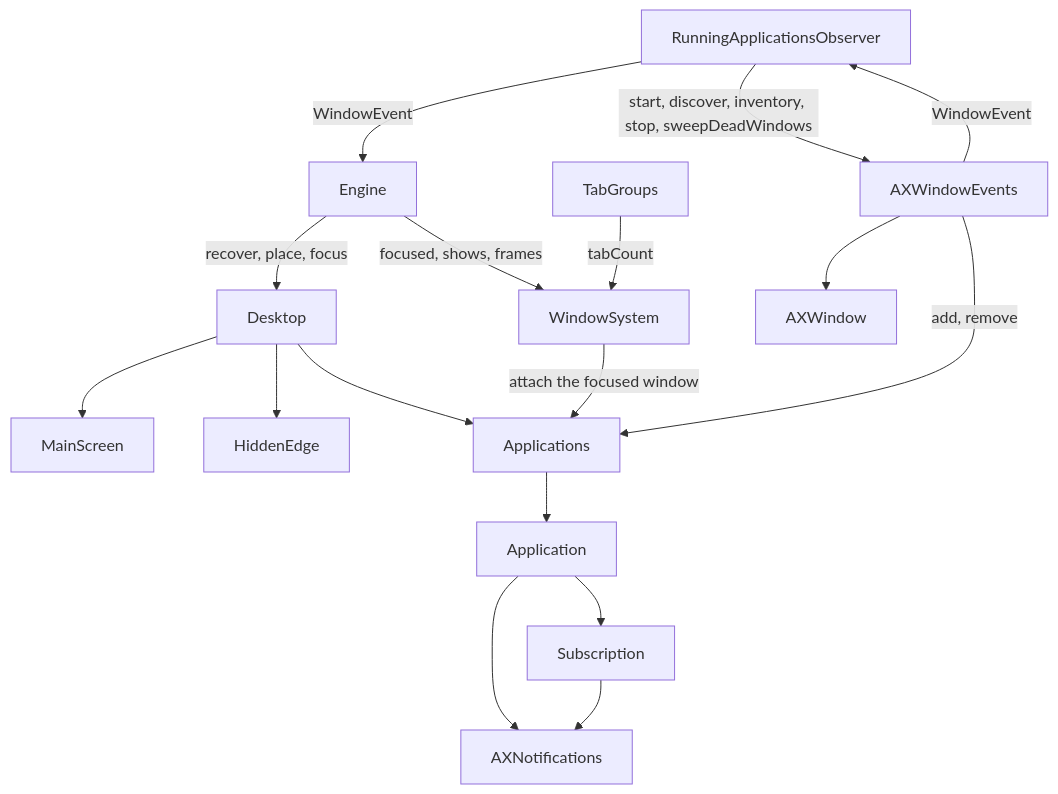
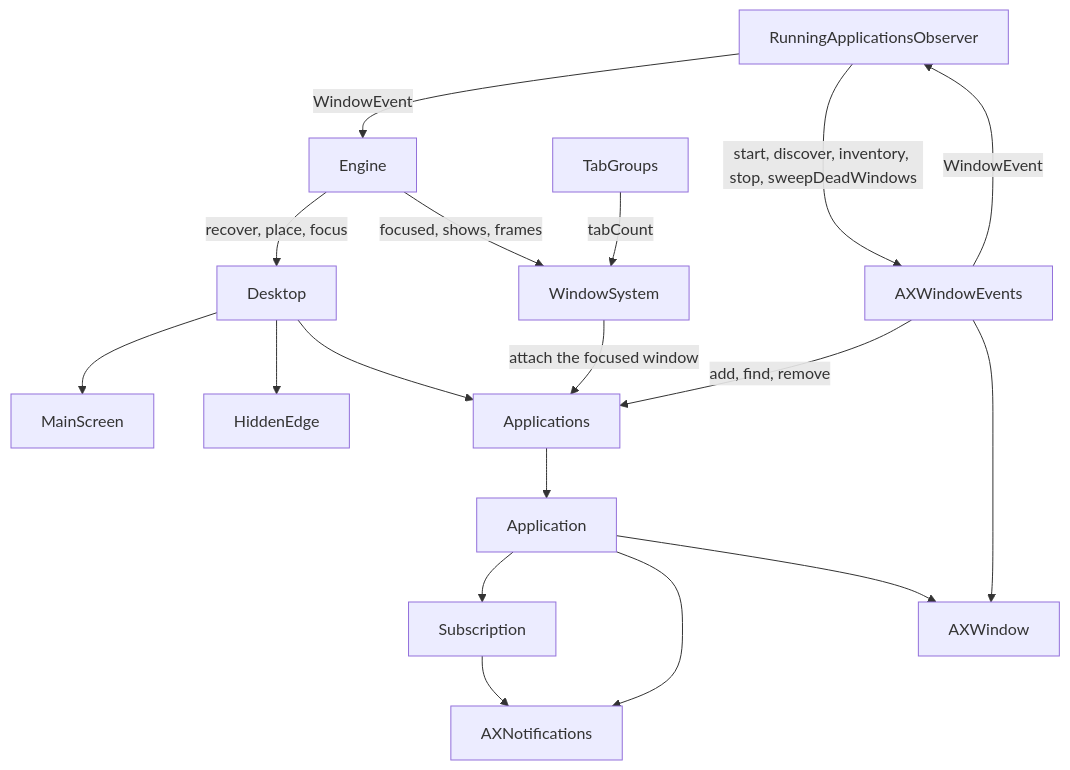
Before and after one commit to brennovich/ottowm: the fifth of 18 diagrams in ARCHITECTURE.md, drawn with Mermaid. The commit also changed other lines of this file and 6 other files, not shown here.

First line of the commit message:
Move the scan from Applications into Application

````diff
--- a/ARCHITECTURE.md
+++ b/ARCHITECTURE.md
@@ -133,19 +133,20 @@
 ```mermaid
 flowchart TB
     Engine -->|recover, place, focus| Desktop
     Engine -->|focused, shows, frames| WindowSystem
     TabGroups -->|tabCount| WindowSystem
     RunningApplicationsObserver -->|WindowEvent| Engine
     Desktop --> MainScreen
     Desktop --> HiddenEdge
     Desktop --> Applications
     WindowSystem -->|attach the focused window| Applications
     RunningApplicationsObserver -->|start, discover, inventory, stop, sweepDeadWindows| AXWindowEvents
     AXWindowEvents -->|WindowEvent| RunningApplicationsObserver
-    AXWindowEvents -->|add, remove| Applications
+    AXWindowEvents -->|add, find, remove| Applications
     Applications --> Application
     Application --> Subscription
     Application --> AXNotifications
+    Application --> AXWindow
     Subscription --> AXNotifications
     AXWindowEvents --> AXWindow
 ```
````
